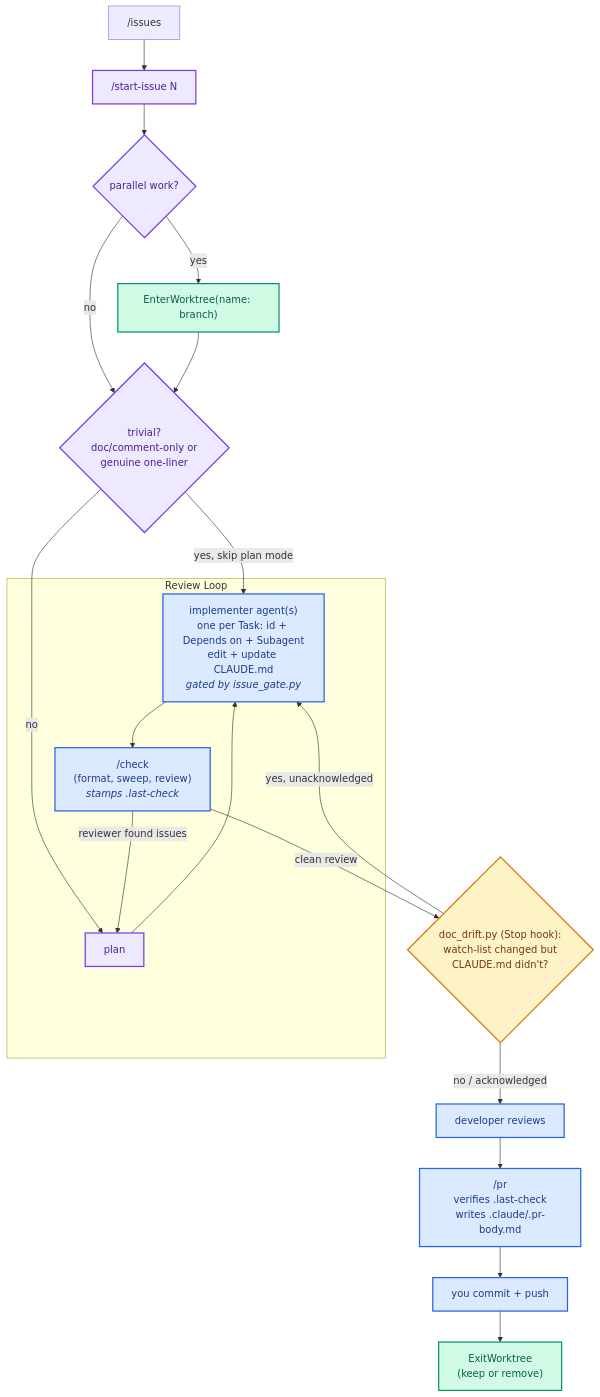
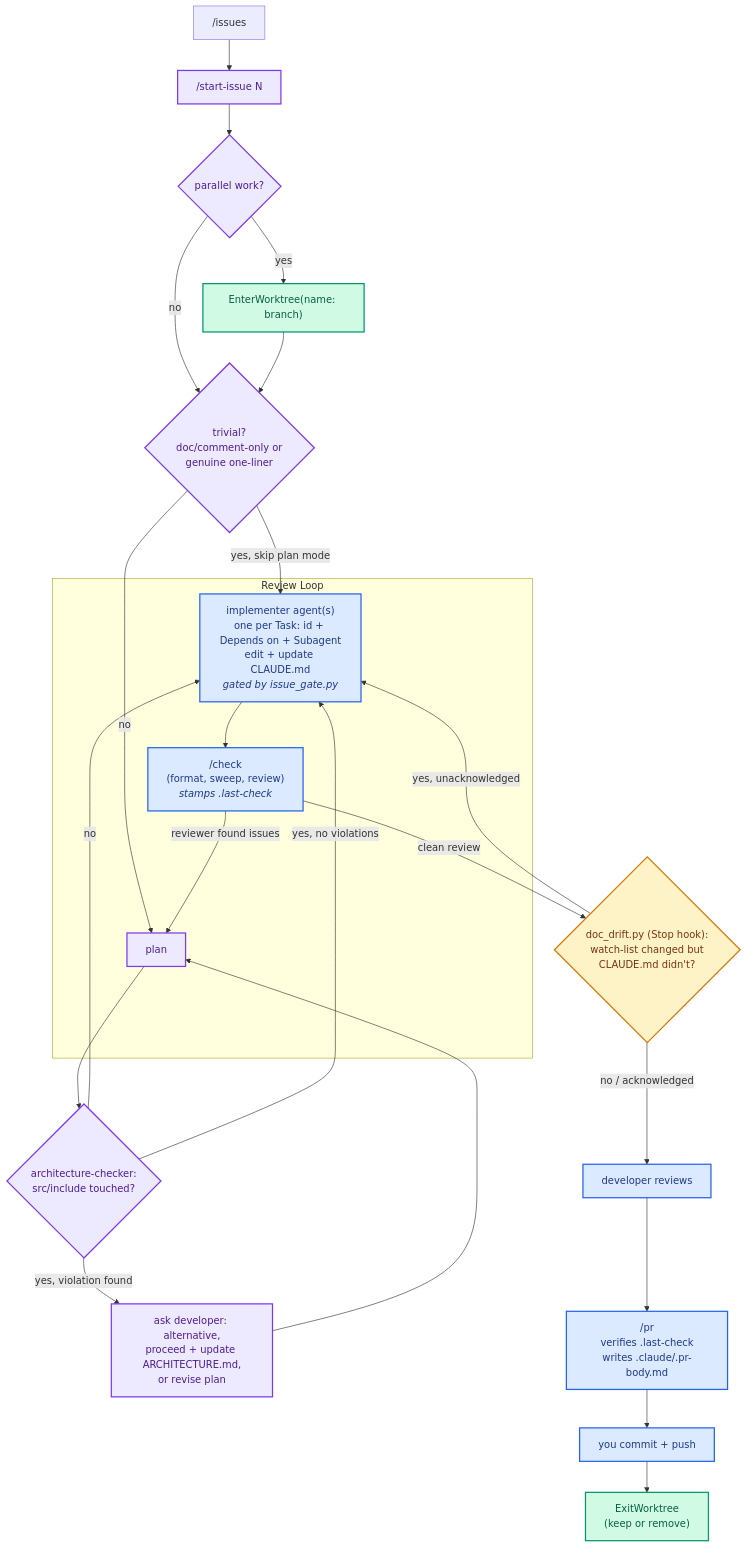
One commit to C2-Games/roguelike changed the diagram in .claude/WORKFLOW.md. Above: the diagram before and after it, drawn with Mermaid. The commit also changed other lines of this file and 5 other files, not shown here.

First line of the commit message:
feat: Prompt with architecture-preserving alternatives when a request would break ARCHITECTURE.md (#240)

````diff
--- a/.claude/WORKFLOW.md
+++ b/.claude/WORKFLOW.md
@@ -122,35 +149,40 @@
 ```mermaid
 flowchart TD
     Issues["/issues"] --> StartIssue["/start-issue N"]
     StartIssue --> WorktreeCheck{"parallel work?"}
     WorktreeCheck -- "no" --> Trivial{"trivial?<br/>doc/comment-only or<br/>genuine one-liner"}
     WorktreeCheck -- "yes" --> EnterWT["EnterWorktree(name: branch)"]
     EnterWT --> Trivial
  
     Trivial -- "yes, skip plan mode" --> Implementer
     Trivial -- "no" --> Plan["plan"]
  
+    Plan --> ArchCheck{"architecture-checker:<br/>src/include touched?"}
+    ArchCheck -- "no" --> Implementer["implementer agent(s)<br/>one per Task: id + Depends on + Subagent<br/>edit + update CLAUDE.md<br/><i>gated by issue_gate.py</i>"]
+    ArchCheck -- "yes, no violations" --> Implementer
+    ArchCheck -- "yes, violation found" --> Resolve["ask developer: alternative,<br/>proceed + update ARCHITECTURE.md,<br/>or revise plan"]
+    Resolve --> Plan
+
     subgraph Loop["Review Loop"]
-        Plan --> Implementer["implementer agent(s)<br/>one per Task: id + Depends on + Subagent<br/>edit + update CLAUDE.md<br/><i>gated by issue_gate.py</i>"]
         Implementer --> Check["/check<br/>(format, sweep, review)<br/><i>stamps .last-check</i>"]
         Check -- "reviewer found issues" --> Plan
     end
  
     Check -- "clean review" --> DocDrift{"doc_drift.py (Stop hook):<br/>watch-list changed but<br/>CLAUDE.md didn't?"}
     DocDrift -- "yes, unacknowledged" --> Implementer
     DocDrift -- "no / acknowledged" --> DevReview["developer reviews"]
  
     DevReview --> PR["/pr<br/>verifies .last-check<br/>writes .claude/.pr-body.md"]
     PR --> CommitPush["you commit + push"]
     CommitPush --> ExitWT["ExitWorktree<br/>(keep or remove)"]
  
     classDef planMode fill:#ede9fe,stroke:#7c3aed,stroke-width:2px,color:#4c1d95
     classDef autoMode fill:#dbeafe,stroke:#2563eb,stroke-width:2px,color:#1e3a8a
     classDef worktreeMode fill:#d1fae5,stroke:#059669,stroke-width:2px,color:#065f46
     classDef hookGate fill:#fef3c7,stroke:#d97706,stroke-width:2px,color:#78350f
  
-    class StartIssue,Plan,WorktreeCheck,Trivial planMode
+    class StartIssue,Plan,WorktreeCheck,Trivial,ArchCheck,Resolve planMode
     class Implementer,Check,DevReview,PR,CommitPush autoMode
     class EnterWT,ExitWT worktreeMode
     class DocDrift hookGate
 ```
````
